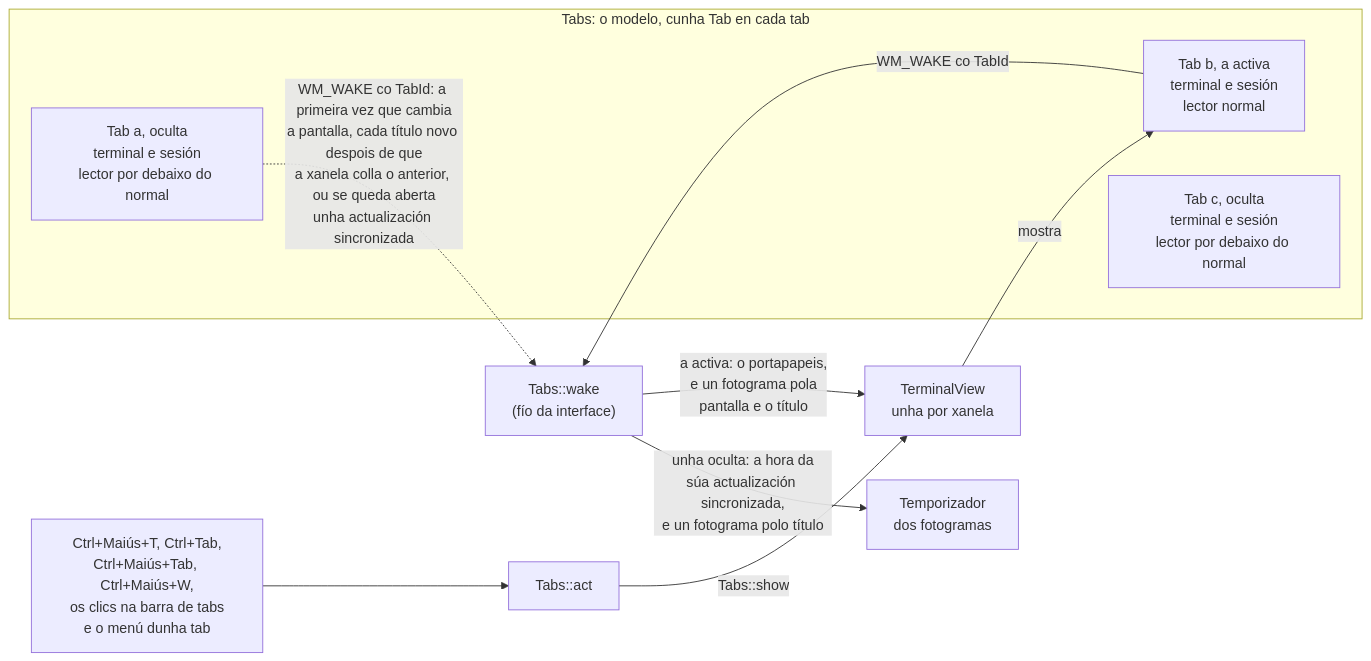
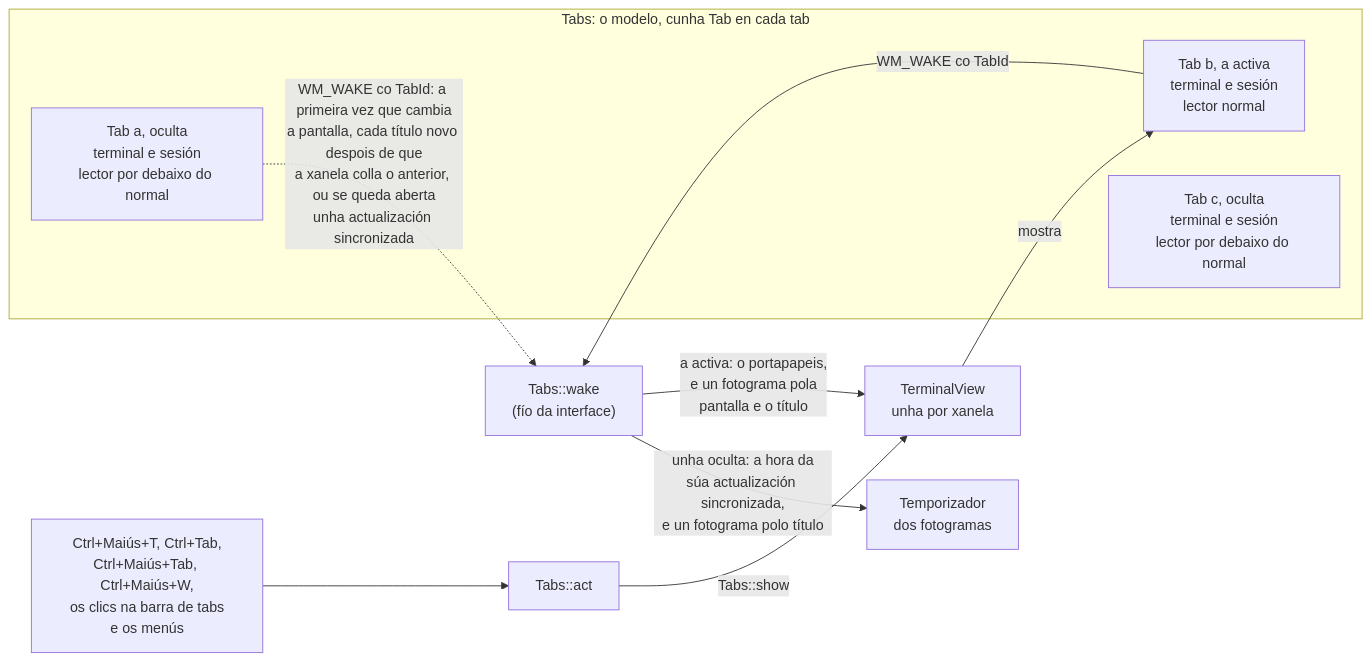
Diagram 12 of 18 in docs/arquitectura.md (NewHouses/meiga), drawn with Mermaid before and after one commit. The commit also changed other lines of this file and 58 other files, not shown here.

````diff
--- a/docs/arquitectura.md
+++ b/docs/arquitectura.md
@@ -328,15 +330,15 @@
 ```mermaid
 flowchart LR
     subgraph model["Tabs: o modelo, cunha Tab en cada tab"]
         a["Tab a, oculta<br/>terminal e sesión<br/>lector por debaixo do normal"]
         b["Tab b, a activa<br/>terminal e sesión<br/>lector normal"]
         c["Tab c, oculta<br/>terminal e sesión<br/>lector por debaixo do normal"]
     end
     view["TerminalView<br/>unha por xanela"] -- "mostra" --> b
     b -- "WM_WAKE co TabId" --> ui["Tabs::wake<br/>(fío da interface)"]
     a -. "WM_WAKE co TabId: a primeira vez que cambia<br/>a pantalla, cada título novo despois de que<br/>a xanela colla o anterior, ou se queda aberta<br/>unha actualización sincronizada" .-> ui
     ui -- "a activa: o portapapeis,<br/>e un fotograma pola<br/>pantalla e o título" --> view
     ui -- "unha oculta: a hora da<br/>súa actualización sincronizada,<br/>e un fotograma polo título" --> timer["Temporizador<br/>dos fotogramas"]
-    keys["Ctrl+Maiús+T, Ctrl+Tab,<br/>Ctrl+Maiús+Tab, Ctrl+Maiús+W,<br/>os clics na barra de tabs<br/>e o menú dunha tab"] --> act["Tabs::act"]
+    keys["Ctrl+Maiús+T, Ctrl+Tab,<br/>Ctrl+Maiús+Tab, Ctrl+Maiús+W,<br/>os clics na barra de tabs<br/>e os menús"] --> act["Tabs::act"]
     act -- "Tabs::show" --> view
 ```
````
